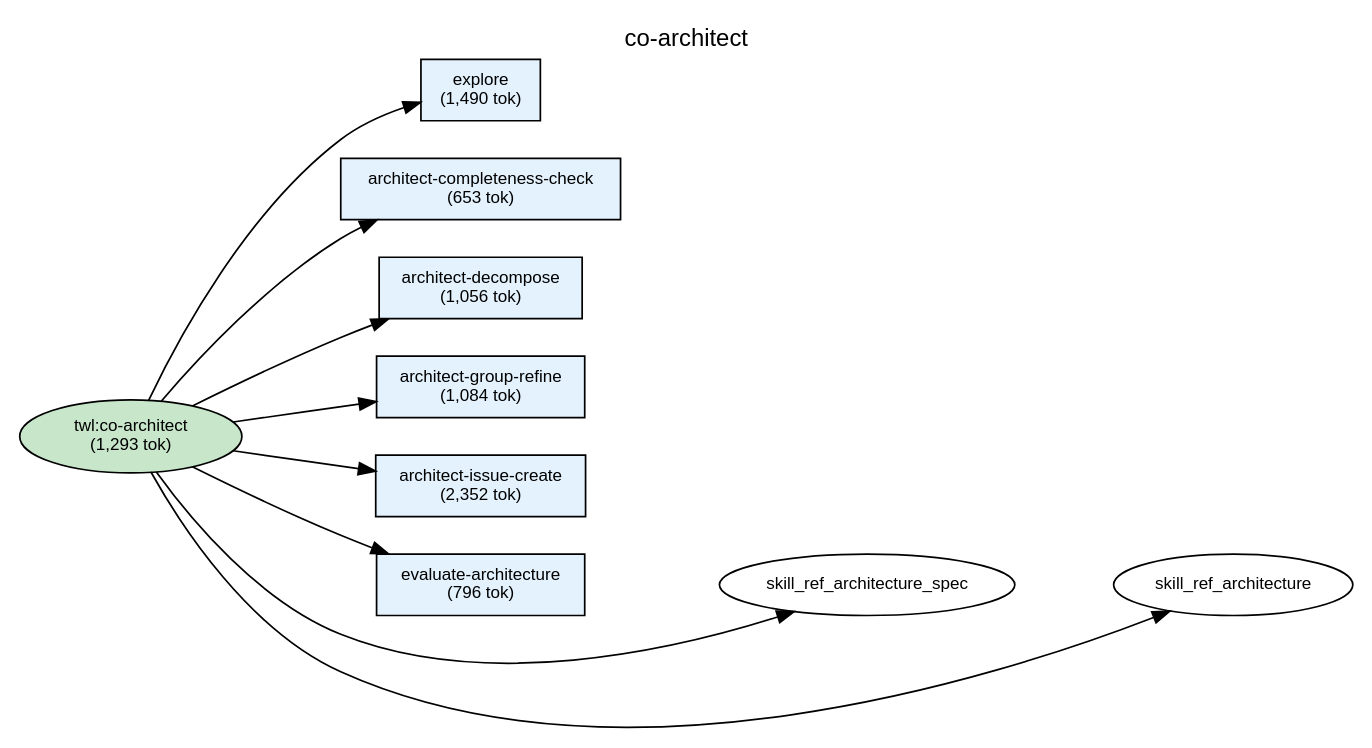
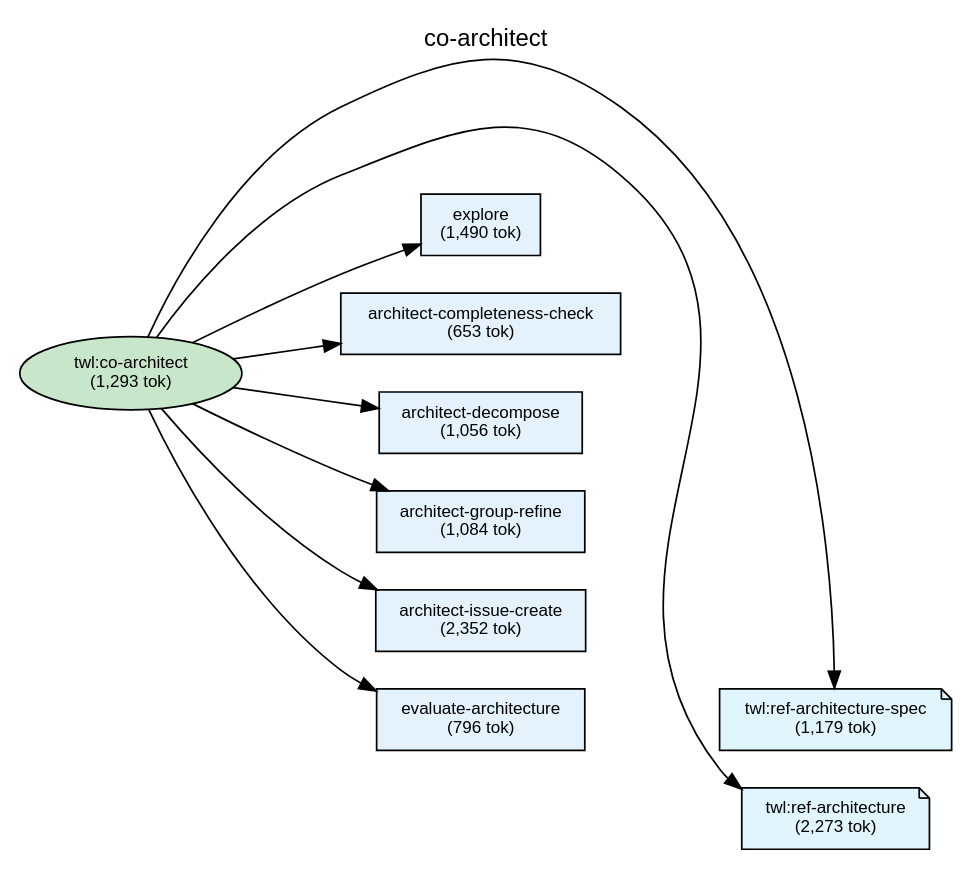
The diagram in plugins/twl/docs/deps-co-architect.dot (shuu5/twill), drawn with Graphviz before and after one commit. The commit also changed 24 other files, not shown here.

```diff
--- a/plugins/twl/docs/deps-co-architect.dot
+++ b/plugins/twl/docs/deps-co-architect.dot
@@ -1,61 +1,64 @@
 digraph Dependencies {
     // Graph settings
     rankdir=LR;
     ranksep=0.8;
     nodesep=0.3;
     fontname="Helvetica";
     node [fontname="Helvetica", fontsize=10];
     edge [fontname="Helvetica", fontsize=9];
     label="co-architect";
     labelloc=t;
     fontsize=14;
 
     // L0: Controller Skills
     skill_co_architect [label="twl:co-architect\n(1,293 tok)", shape=ellipse, style=filled, fillcolor="#c8e6c9"];
 
     // L0: Launchers
 
     // L0.5: Workflow Skills
 
     // Reference Skills
+    skill_ref_architecture [label="twl:ref-architecture\n(2,273 tok)", shape=note, style=filled, fillcolor="#e1f5fe"];
+    skill_ref_architecture_spec [label="twl:ref-architecture-spec\n(1,179 tok)", shape=note, style=filled, fillcolor="#e1f5fe"];
 
     // L1: Direct Commands
     cmd_architect_completeness_check [label="architect-completeness-check\n(653 tok)", shape=box, style=filled, fillcolor="#e3f2fd"];
     cmd_architect_decompose [label="architect-decompose\n(1,056 tok)", shape=box, style=filled, fillcolor="#e3f2fd"];
     cmd_architect_group_refine [label="architect-group-refine\n(1,084 tok)", shape=box, style=filled, fillcolor="#e3f2fd"];
     cmd_architect_issue_create [label="architect-issue-create\n(2,352 tok)", shape=box, style=filled, fillcolor="#e3f2fd"];
     cmd_evaluate_architecture [label="evaluate-architecture\n(796 tok)", shape=box, style=filled, fillcolor="#e3f2fd"];
     cmd_explore [label="explore\n(1,490 tok)", shape=box, style=filled, fillcolor="#e3f2fd"];
 
     // L2: Sub Commands
 
     // L3: Agents
 
     // L3.5: Scripts
 
     // L4: External
 
     // Layer constraints
     { rank=same; skill_co_architect; }
+    { rank=same; skill_ref_architecture; skill_ref_architecture_spec; }
     { rank=same; cmd_architect_completeness_check; cmd_architect_decompose; cmd_architect_group_refine; cmd_architect_issue_create; cmd_evaluate_architecture; cmd_explore; }
 
     // Edges
     skill_co_architect -> cmd_explore;
     skill_co_architect -> cmd_architect_completeness_check;
     skill_co_architect -> cmd_architect_decompose;
     skill_co_architect -> cmd_architect_group_refine;
     skill_co_architect -> cmd_architect_issue_create;
     skill_co_architect -> cmd_evaluate_architecture;
     skill_co_architect -> skill_ref_architecture_spec;
     skill_co_architect -> skill_ref_architecture;
 
     // Ordering constraints (invisible edges)
     cmd_explore -> cmd_architect_completeness_check [style=invis, weight=10];
     cmd_architect_completeness_check -> cmd_architect_decompose [style=invis, weight=10];
     cmd_architect_decompose -> cmd_architect_group_refine [style=invis, weight=10];
     cmd_architect_group_refine -> cmd_architect_issue_create [style=invis, weight=10];
     cmd_architect_issue_create -> cmd_evaluate_architecture [style=invis, weight=10];
     cmd_evaluate_architecture -> skill_ref_architecture_spec [style=invis, weight=10];
     skill_ref_architecture_spec -> skill_ref_architecture [style=invis, weight=10];
 
 }
```
